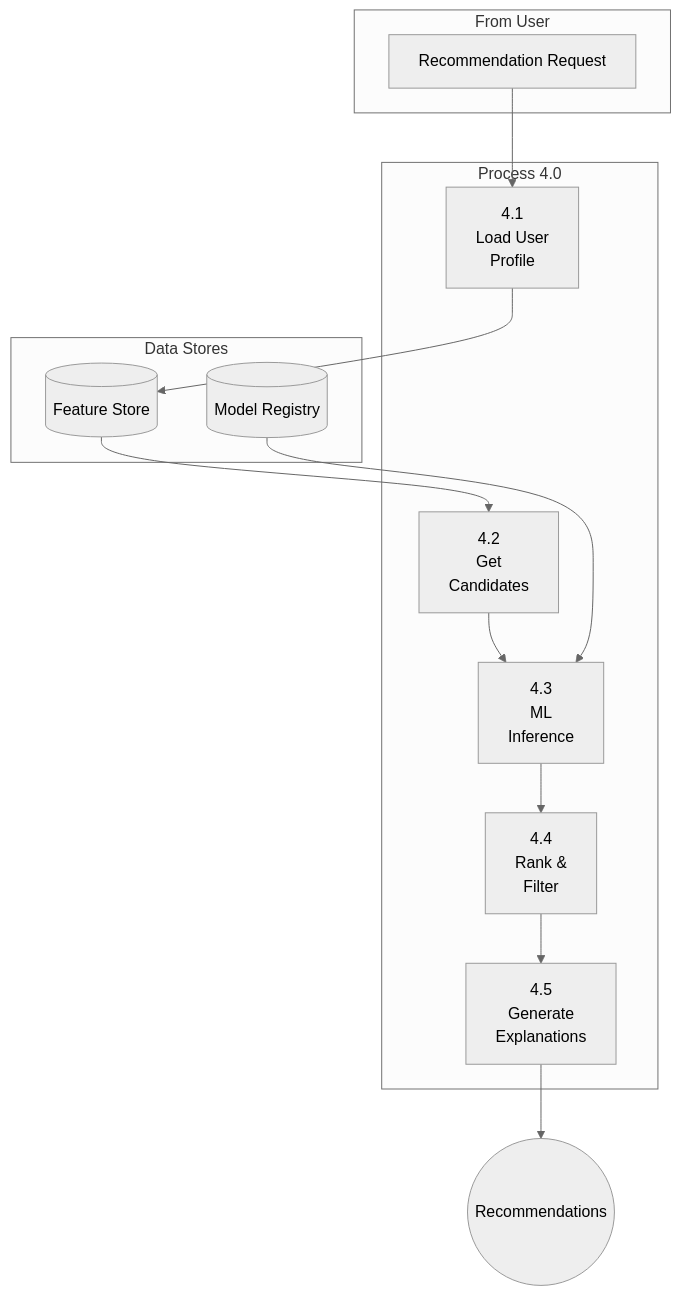
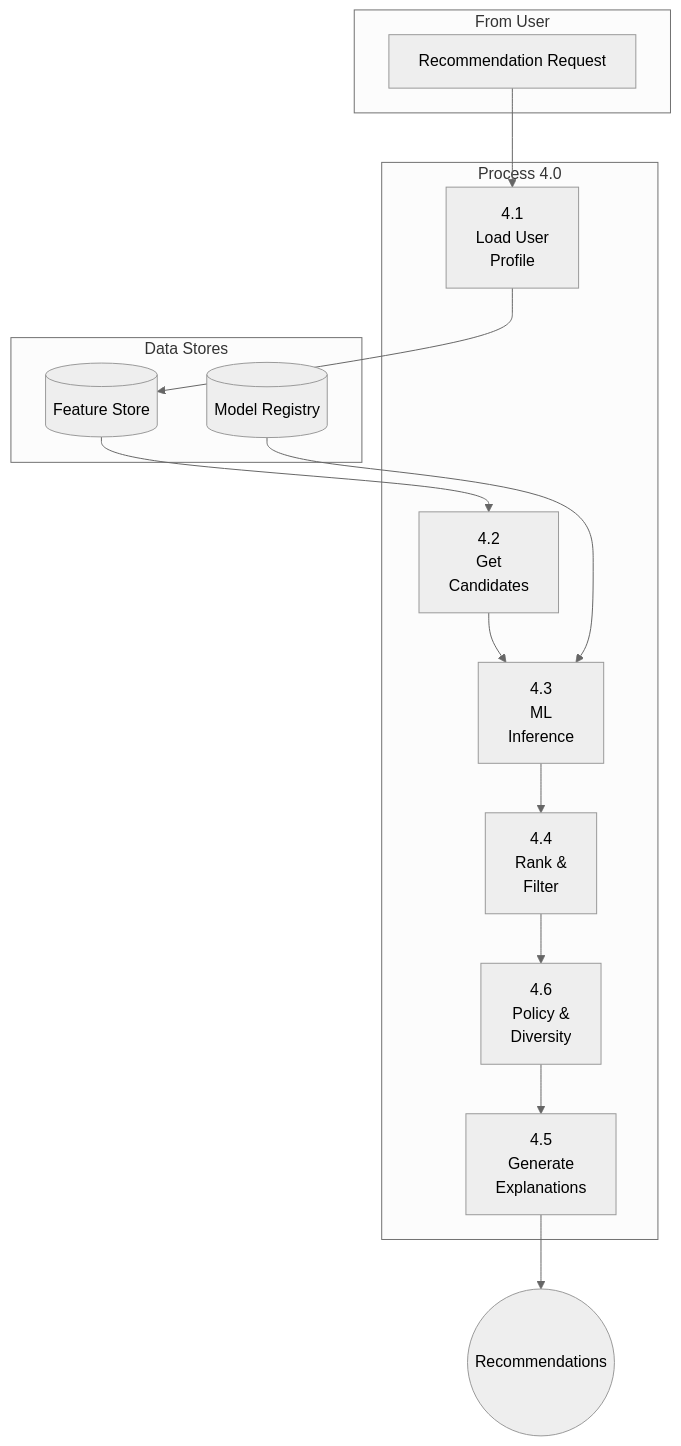
Before and after one commit to 0Ankit0/Project-Ideas: the third of 3 diagrams in Smart Recommendation Engine/high-level-design/data-flow-diagram.md, drawn with Mermaid (neutral theme). The commit also changed other lines of this file and 18 other files, not shown here.

````diff
--- a/Smart Recommendation Engine/high-level-design/data-flow-diagram.md
+++ b/Smart Recommendation Engine/high-level-design/data-flow-diagram.md
@@ -58,28 +63,30 @@
 ```mermaid
 flowchart TB
     subgraph "From User"
         REQ[Recommendation Request]
     end
     
     subgraph "Process 4.0"
         P4_1[4.1<br/>Load User<br/>Profile]
         P4_2[4.2<br/>Get<br/>Candidates]
         P4_3[4.3<br/>ML<br/>Inference]
         P4_4[4.4<br/>Rank &<br/>Filter]
         P4_5[4.5<br/>Generate<br/>Explanations]
+        P4_6[4.6<br/>Policy &<br/>Diversity]
     end
     
     subgraph "Data Stores"
         D2[(Feature Store)]
         D3[(Model Registry)]
     end
     
     REQ --> P4_1
     P4_1 --> D2
     D2 --> P4_2
     P4_2 --> P4_3
     D3 --> P4_3
     P4_3 --> P4_4
-    P4_4 --> P4_5
+    P4_4 --> P4_6
+    P4_6 --> P4_5
     P4_5 --> RES((Recommendations))
 ```
````
